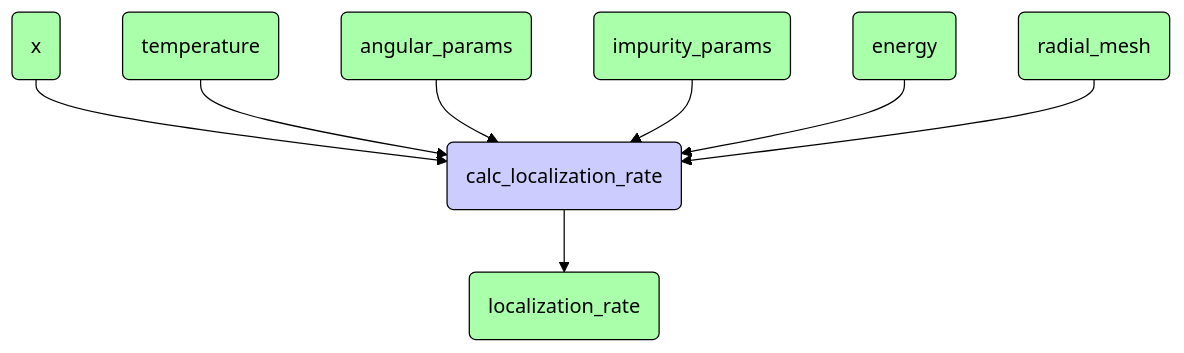
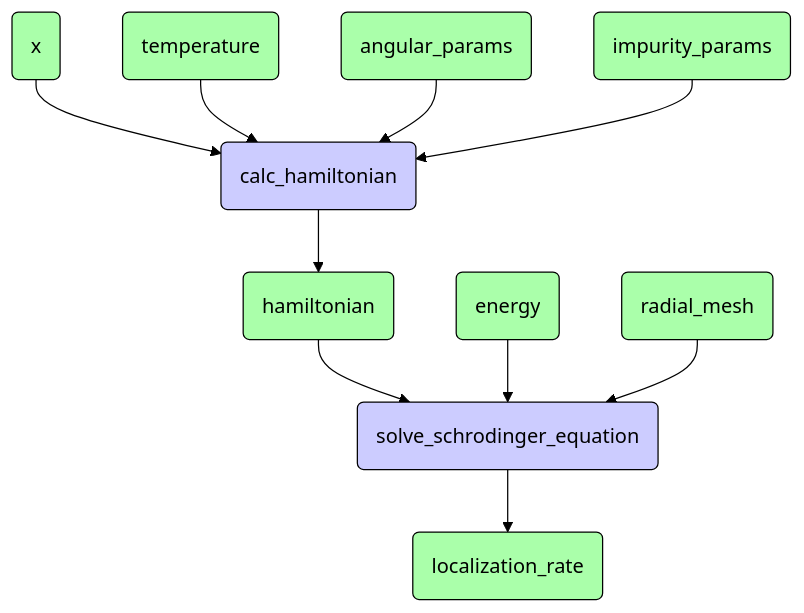
One commit to MaksimZh/hw changed the first of 9 diagrams in 04_design_vision/design_vision.md. Above: the diagram before and after it, drawn with Mermaid (forest theme). The commit also changed other lines of this file, not shown here.

````diff
--- a/04_design_vision/design_vision.md
+++ b/04_design_vision/design_vision.md
@@ -66,15 +67,17 @@
 ```mermaid
 graph TD
-    x(x) --> clr(calc_localization_rate)
-    t(temperature) --> clr
-    ang(angular_params) --> clr
-    imp(impurity_params) --> clr
-    en(energy) --> clr
-    rad(radial_mesh) --> clr
-    clr --> lr(localization_rate)
+    x(x) --> ch(calc_hamiltonian)
+    t(temperature) --> ch
+    ang(angular_params) --> ch
+    imp(impurity_params) --> ch
+    ch --> h(hamiltonian)
+    h --> solve(solve_schrodinger_equation)
+    en(energy) --> solve
+    rad(radial_mesh) --> solve
+    solve --> lr(localization_rate)
 
     classDef value fill:#afa, stroke:#000
     classDef proc fill:#ccf, stroke:#000
-    class x,t,imp,ang,en,rad,lr value
-    class clr proc
+    class x,t,imp,ang,h,en,rad,lr value
+    class ch,solve proc
 ```
````
